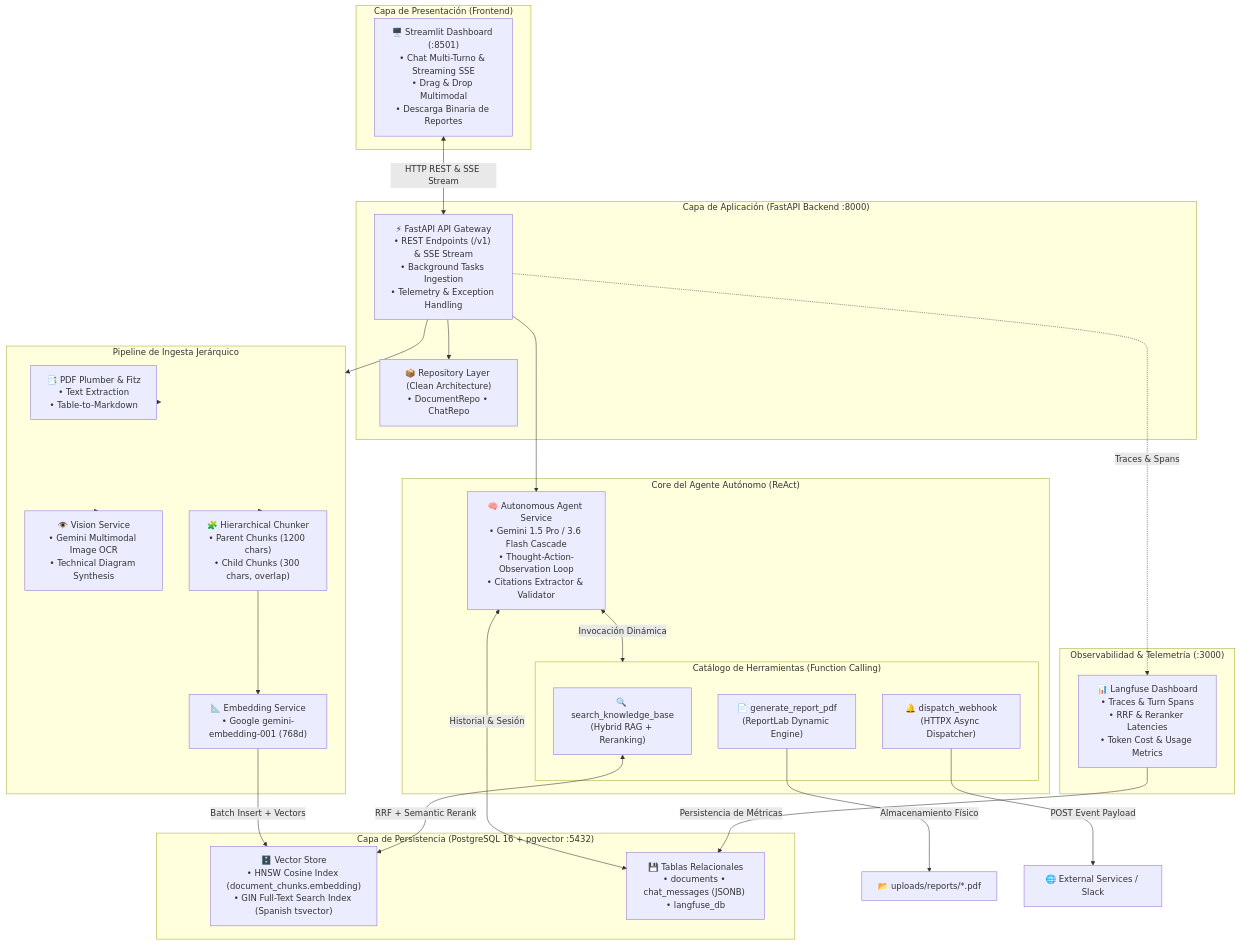
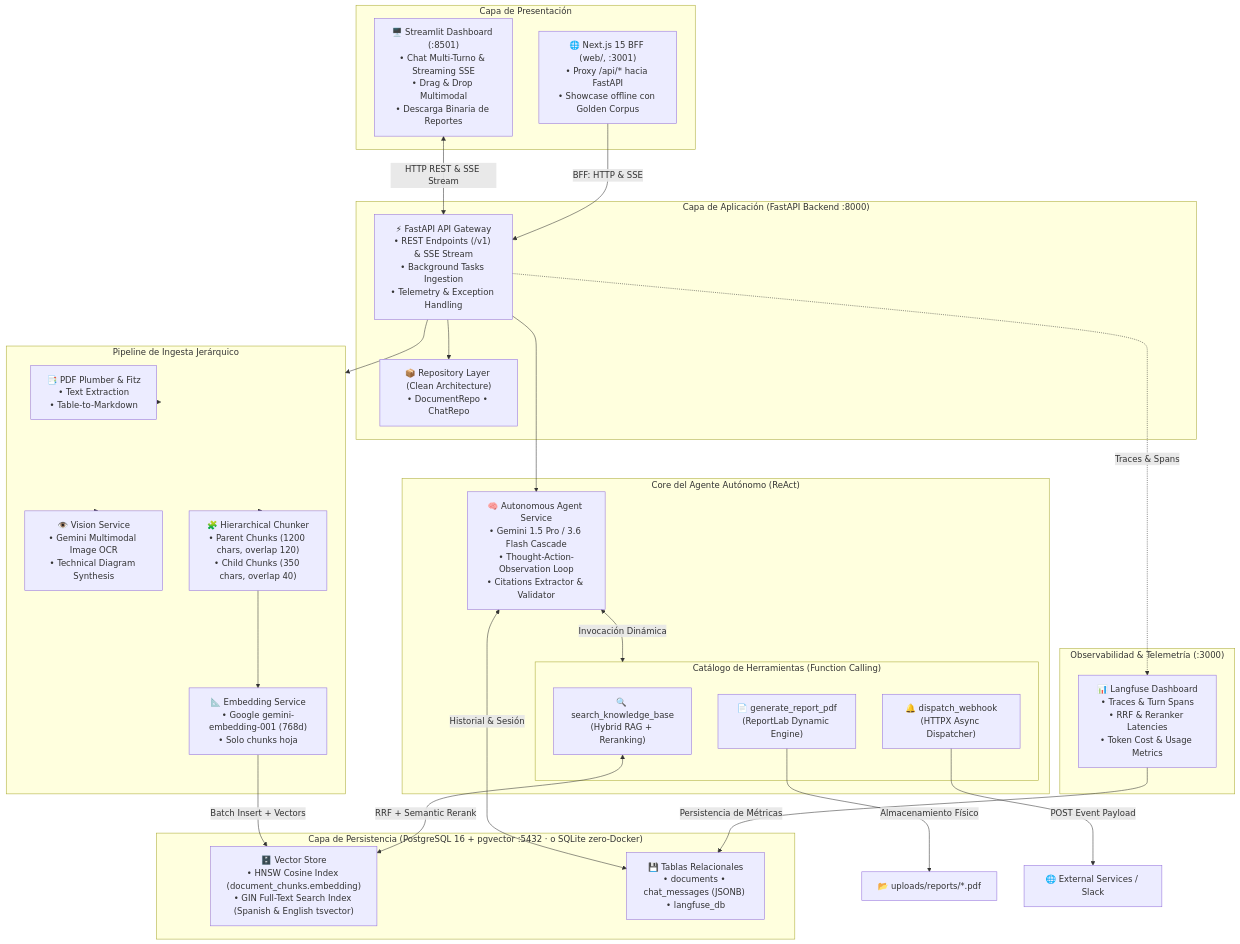
One commit to MattMattia/multimodal-rag-agent changed the diagram in README.md. Above: the diagram before and after it, drawn with Mermaid. The commit also changed other lines of this file and 18 other files, not shown here.

First line of the commit message:
feat: add launcher, OpenAPI export, CI, devcontainer, web container and ADRs

````diff
--- a/README.md
+++ b/README.md
@@ -30,57 +35,59 @@
 ```mermaid
 flowchart TB
-    subgraph UI ["Capa de Presentación (Frontend)"]
+    subgraph UI ["Capa de Presentación"]
         Streamlit["🖥️ Streamlit Dashboard (:8501)\n• Chat Multi-Turno & Streaming SSE\n• Drag & Drop Multimodal\n• Descarga Binaria de Reportes"]
+        NextJS["🌐 Next.js 15 BFF (web/, :3001)\n• Proxy /api/* hacia FastAPI\n• Showcase offline con Golden Corpus"]
     end
 
     subgraph Gateway ["Capa de Aplicación (FastAPI Backend :8000)"]
         API["⚡ FastAPI API Gateway\n• REST Endpoints (/v1) & SSE Stream\n• Background Tasks Ingestion\n• Telemetry & Exception Handling"]
         Repo["📦 Repository Layer (Clean Architecture)\n• DocumentRepo • ChatRepo"]
     end
 
     subgraph Observability ["Observabilidad & Telemetría (:3000)"]
         Langfuse["📊 Langfuse Dashboard\n• Traces & Turn Spans\n• RRF & Reranker Latencies\n• Token Cost & Usage Metrics"]
     end
 
     subgraph AgentEngine ["Core del Agente Autónomo (ReAct)"]
         Agent["🧠 Autonomous Agent Service\n• Gemini 1.5 Pro / 3.6 Flash Cascade\n• Thought-Action-Observation Loop\n• Citations Extractor & Validator"]
         
         subgraph ToolsCatalog ["Catálogo de Herramientas (Function Calling)"]
             T1["🔍 search_knowledge_base\n(Hybrid RAG + Reranking)"]
             T2["📄 generate_report_pdf\n(ReportLab Dynamic Engine)"]
             T3["🔔 dispatch_webhook\n(HTTPX Async Dispatcher)"]
         end
     end
 
     subgraph MultimodalPipeline ["Pipeline de Ingesta Jerárquico"]
         PDFParser["📑 PDF Plumber & Fitz\n• Text Extraction\n• Table-to-Markdown"]
         Vision["👁️ Vision Service\n• Gemini Multimodal Image OCR\n• Technical Diagram Synthesis"]
-        Chunker["🧩 Hierarchical Chunker\n• Parent Chunks (1200 chars)\n• Child Chunks (300 chars, overlap)"]
-        Embedder["📐 Embedding Service\n• Google gemini-embedding-001 (768d)"]
+        Chunker["🧩 Hierarchical Chunker\n• Parent Chunks (1200 chars, overlap 120)\n• Child Chunks (350 chars, overlap 40)"]
+        Embedder["📐 Embedding Service\n• Google gemini-embedding-001 (768d)\n• Solo chunks hoja"]
     end
 
-    subgraph DataStore ["Capa de Persistencia (PostgreSQL 16 + pgvector :5432)"]
-        PGVector["🗄️ Vector Store\n• HNSW Cosine Index (document_chunks.embedding)\n• GIN Full-Text Search Index (Spanish tsvector)"]
+    subgraph DataStore ["Capa de Persistencia (PostgreSQL 16 + pgvector :5432 · o SQLite zero-Docker)"]
+        PGVector["🗄️ Vector Store\n• HNSW Cosine Index (document_chunks.embedding)\n• GIN Full-Text Search Index (Spanish & English tsvector)"]
         Relational["💾 Tablas Relacionales\n• documents • chat_messages (JSONB) • langfuse_db"]
     end
 
     Streamlit <-->|HTTP REST & SSE Stream| API
+    NextJS -->|BFF: HTTP & SSE| API
     API --> Repo
     API --> Agent
     API --> MultimodalPipeline
     API -.->|Traces & Spans| Langfuse
     
     MultimodalPipeline --> PDFParser
     MultimodalPipeline --> Vision
     MultimodalPipeline --> Chunker
     Chunker --> Embedder
     Embedder -->|Batch Insert + Vectors| PGVector
 
     Agent <-->|Invocación Dinámica| ToolsCatalog
     T1 <-->|RRF + Semantic Rerank| PGVector
     T2 -->|Almacenamiento Físico| DiskReports["📂 uploads/reports/*.pdf"]
     T3 -->|POST Event Payload| WebhookTarget["🌐 External Services / Slack"]
 
     Agent <-->|Historial & Sesión| Relational
     Langfuse -->|Persistencia de Métricas| Relational
 ```
````
